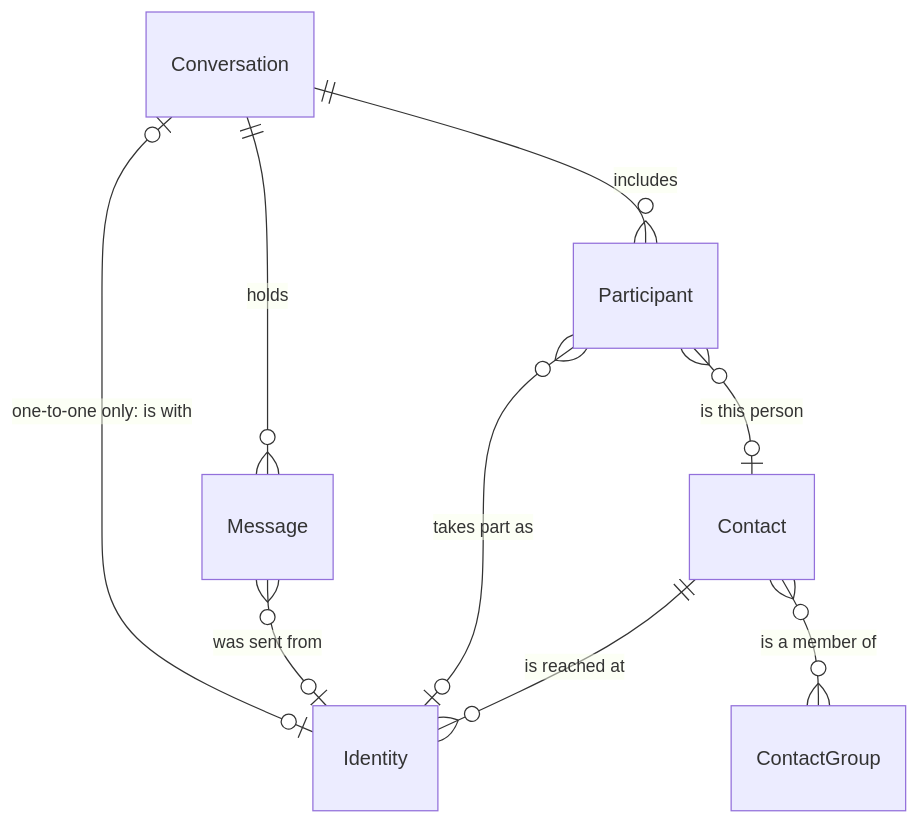
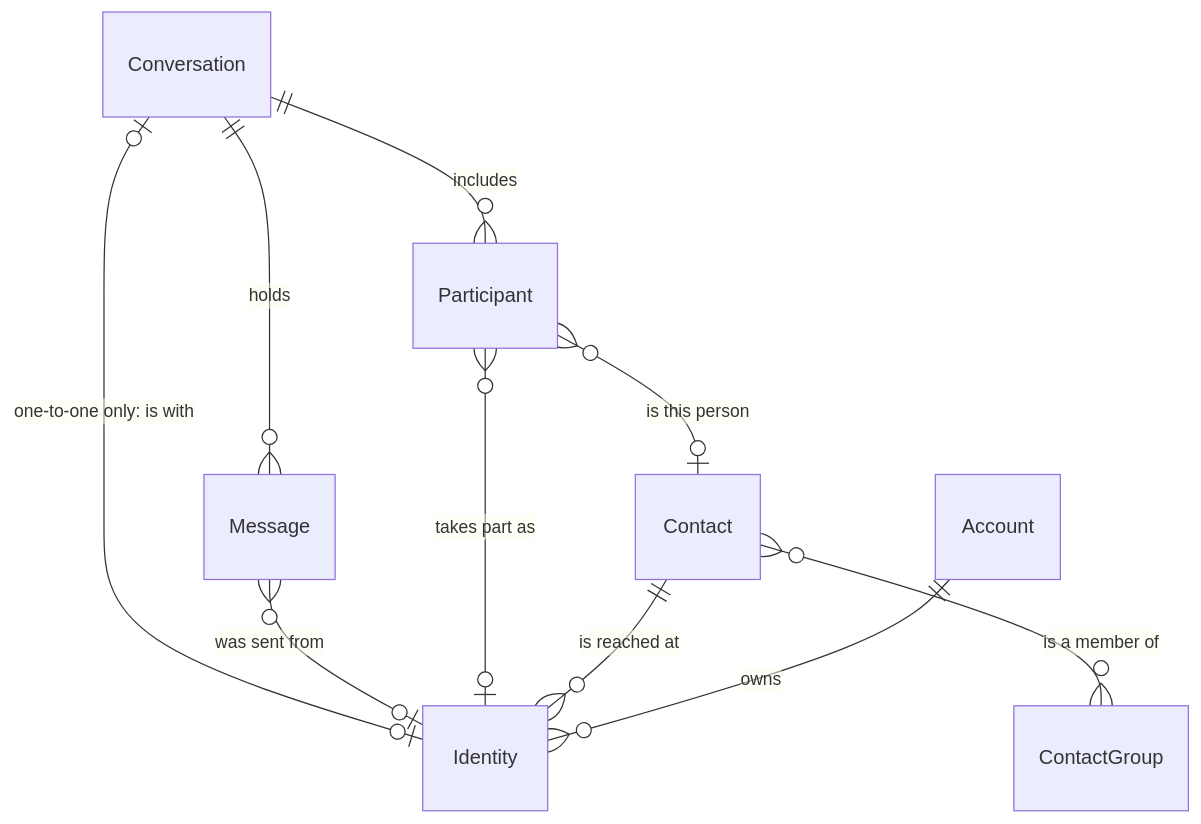
One commit to bitrealm-io/message-vault changed the first of 2 diagrams in docs/architecture/contacts-identities-and-messages.md. Above: the diagram before and after it, drawn with Mermaid. The commit also changed other lines of this file and 29 other files, not shown here.

````diff
--- a/docs/architecture/contacts-identities-and-messages.md
+++ b/docs/architecture/contacts-identities-and-messages.md
@@ -16,11 +16,12 @@
 ```mermaid
 erDiagram
+    Account ||--o{ Identity : "owns"
     Contact ||--o{ Identity : "is reached at"
     Contact }o--o{ ContactGroup : "is a member of"
     Conversation ||--o{ Participant : "includes"
     Participant }o--o| Identity : "takes part as"
     Participant }o--o| Contact : "is this person"
     Conversation ||--o{ Message : "holds"
     Message }o--o| Identity : "was sent from"
     Conversation |o--o| Identity : "one-to-one only: is with"
 ```
````
